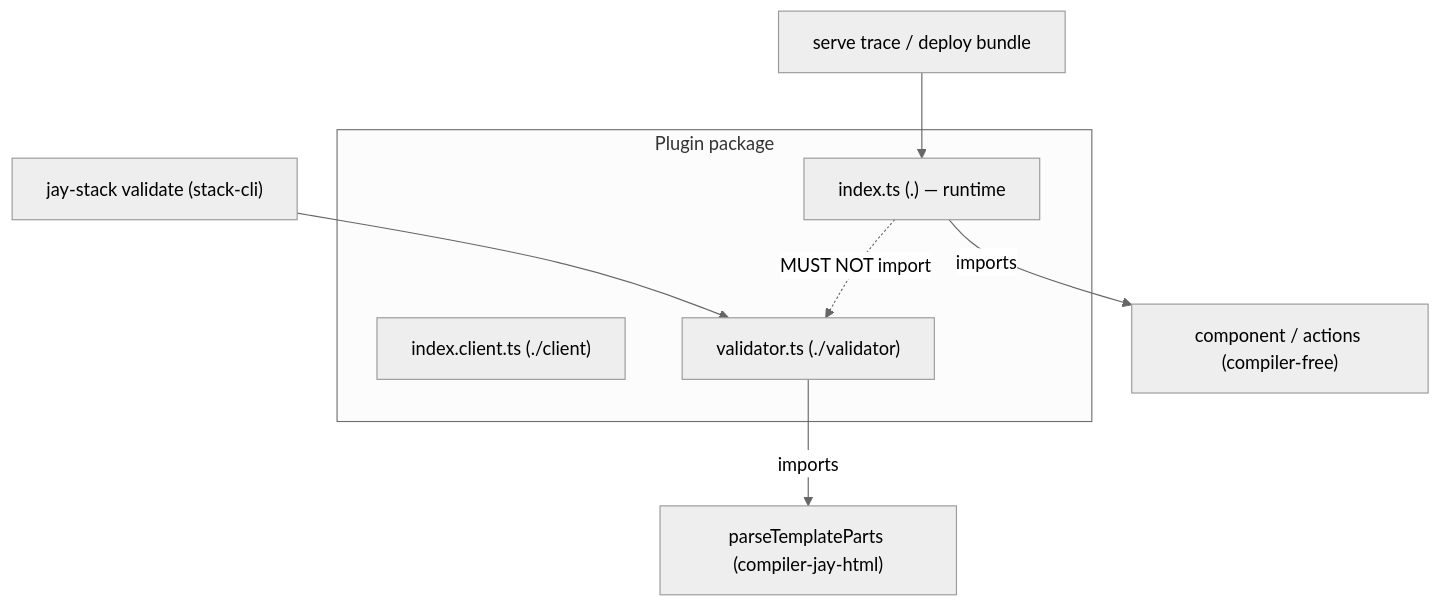
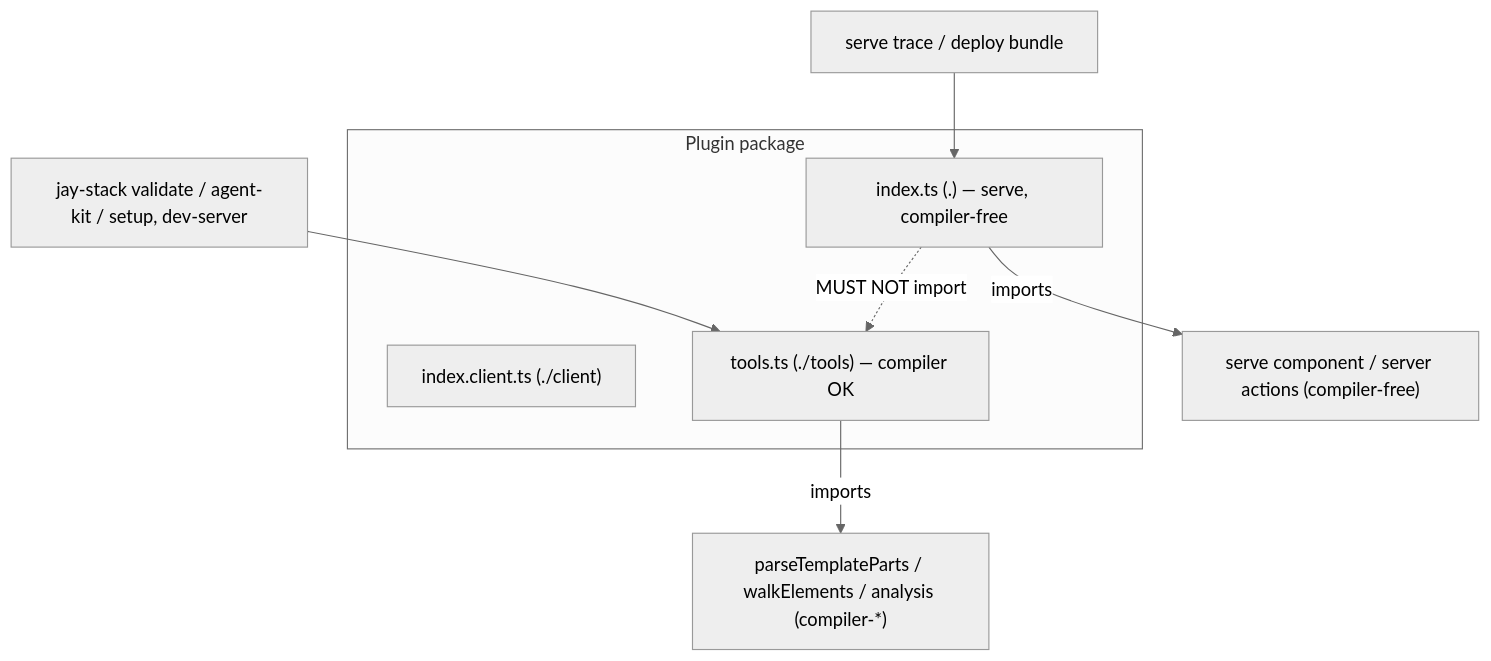
The diagram in design-log/179 - compiler-free plugin runtime (validator entry split).md (jay-framework/jay), drawn with Mermaid (neutral theme) before and after one commit. The commit also changed other lines of this file and 1 other file, not shown here.

````diff
--- a/design-log/179 - compiler-free plugin runtime (validator entry split).md
+++ b/design-log/179 - compiler-free plugin runtime (validator entry split).md
@@ -147,13 +204,13 @@
 ```mermaid
 graph TD
     subgraph Plugin package
-        idx["index.ts (.) — runtime"]
+        idx["index.ts (.) — serve, compiler-free"]
         cli["index.client.ts (./client)"]
-        val["validator.ts (./validator)"]
+        tls["tools.ts (./tools) — compiler OK"]
     end
-    idx -->|imports| comp["component / actions (compiler-free)"]
-    val -->|imports| pc["parseTemplateParts (compiler-jay-html)"]
+    idx -->|imports| comp["serve component / server actions (compiler-free)"]
+    tls -->|imports| pc["parseTemplateParts / walkElements / analysis (compiler-*)"]
     serve["serve trace / deploy bundle"] --> idx
-    validateCmd["jay-stack validate (stack-cli)"] --> val
-    idx -.->|MUST NOT import| val
+    toolchain["jay-stack validate / agent-kit / setup, dev-server"] --> tls
+    idx -.->|MUST NOT import| tls
 ```
````
